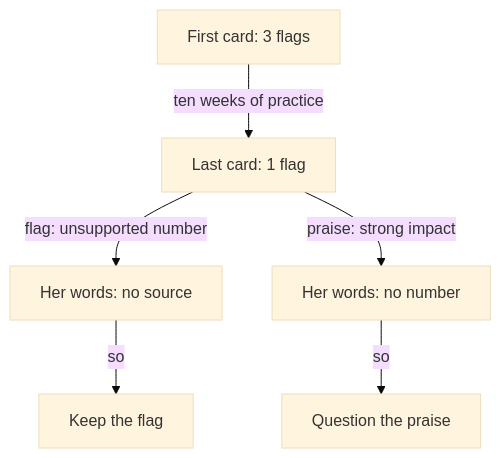
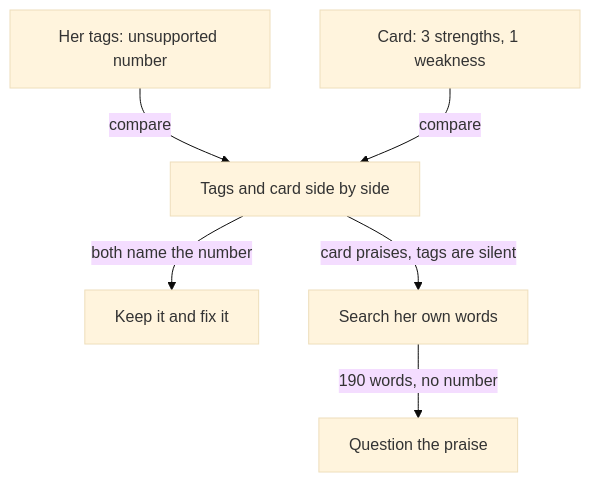
One commit to devweekends/Buildment changed the diagram in courses/founder-interviews/07-the-full-interview/07.01-set-the-scene.md. Above: the diagram before and after it, drawn with Mermaid (base theme). The commit also changed other lines of this file and 4 other files, not shown here.

````diff
--- a/courses/founder-interviews/07-the-full-interview/07.01-set-the-scene.md
+++ b/courses/founder-interviews/07-the-full-interview/07.01-set-the-scene.md
@@ -72,8 +84,8 @@
 ```mermaid
 flowchart TD
-  A["First card: 3 flags"] -->|"ten weeks of practice"| B["Last card: 1 flag"]
-  B -->|"flag: unsupported number"| C["Her words: no source"]
-  C -->|"so"| D["Keep the flag"]
-  B -->|"praise: strong impact"| E["Her words: no number"]
-  E -->|"so"| F["Question the praise"]
+  T["Her tags: unsupported number"] -->|"compare"| X["Tags and card side by side"]
+  K["Card: 3 strengths, 1 weakness"] -->|"compare"| X
+  X -->|"both name the number"| A["Keep it and fix it"]
+  X -->|"card praises, tags are silent"| B["Search her own words"]
+  B -->|"190 words, no number"| D["Question the praise"]
 ```
````
